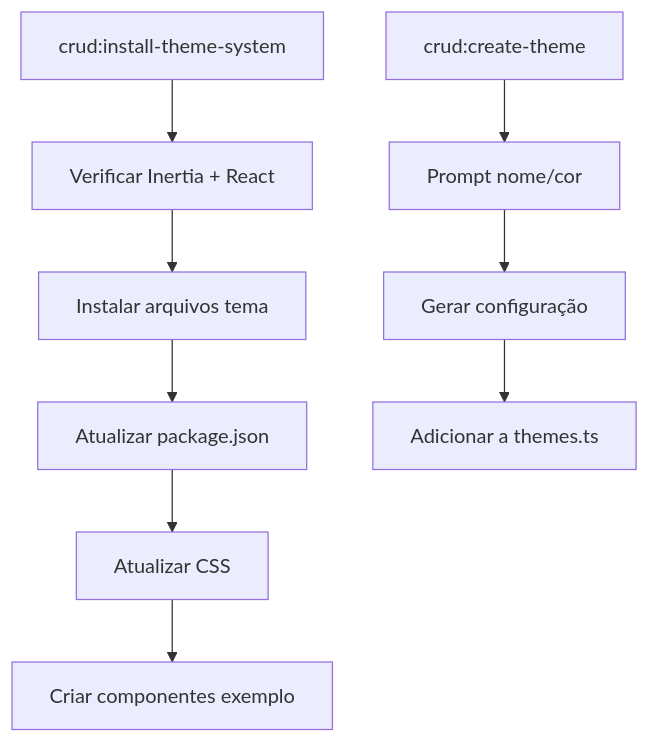
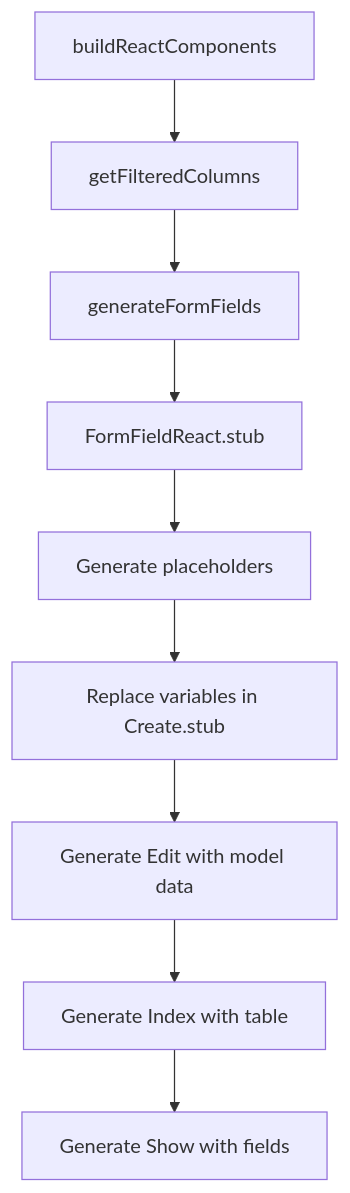
Before and after one commit to josenildotiago/crud: the second of 2 diagrams in DOC.md, drawn with Mermaid. The commit also changed other lines of this file and 2 other files, not shown here.

````diff
--- a/DOC.md
+++ b/DOC.md
@@ -701,12 +484,11 @@
 ```mermaid
 graph TD
-    A[crud:install-theme-system] --> B[Verificar Inertia + React]
-    B --> C[Instalar arquivos tema]
-    C --> D[Atualizar package.json]
-    D --> E[Atualizar CSS]
-    E --> F[Criar componentes exemplo]
-
-    G[crud:create-theme] --> H[Prompt nome/cor]
-    H --> I[Gerar configuração]
-    I --> J[Adicionar a themes.ts]
+    A[buildReactComponents] --> B[getFilteredColumns]
+    B --> C[generateFormFields]
+    C --> D[FormFieldReact.stub]
+    D --> E[Generate placeholders]
+    E --> F[Replace variables in Create.stub]
+    F --> G[Generate Edit with model data]
+    G --> H[Generate Index with table]
+    H --> I[Generate Show with fields]
 ```
````
